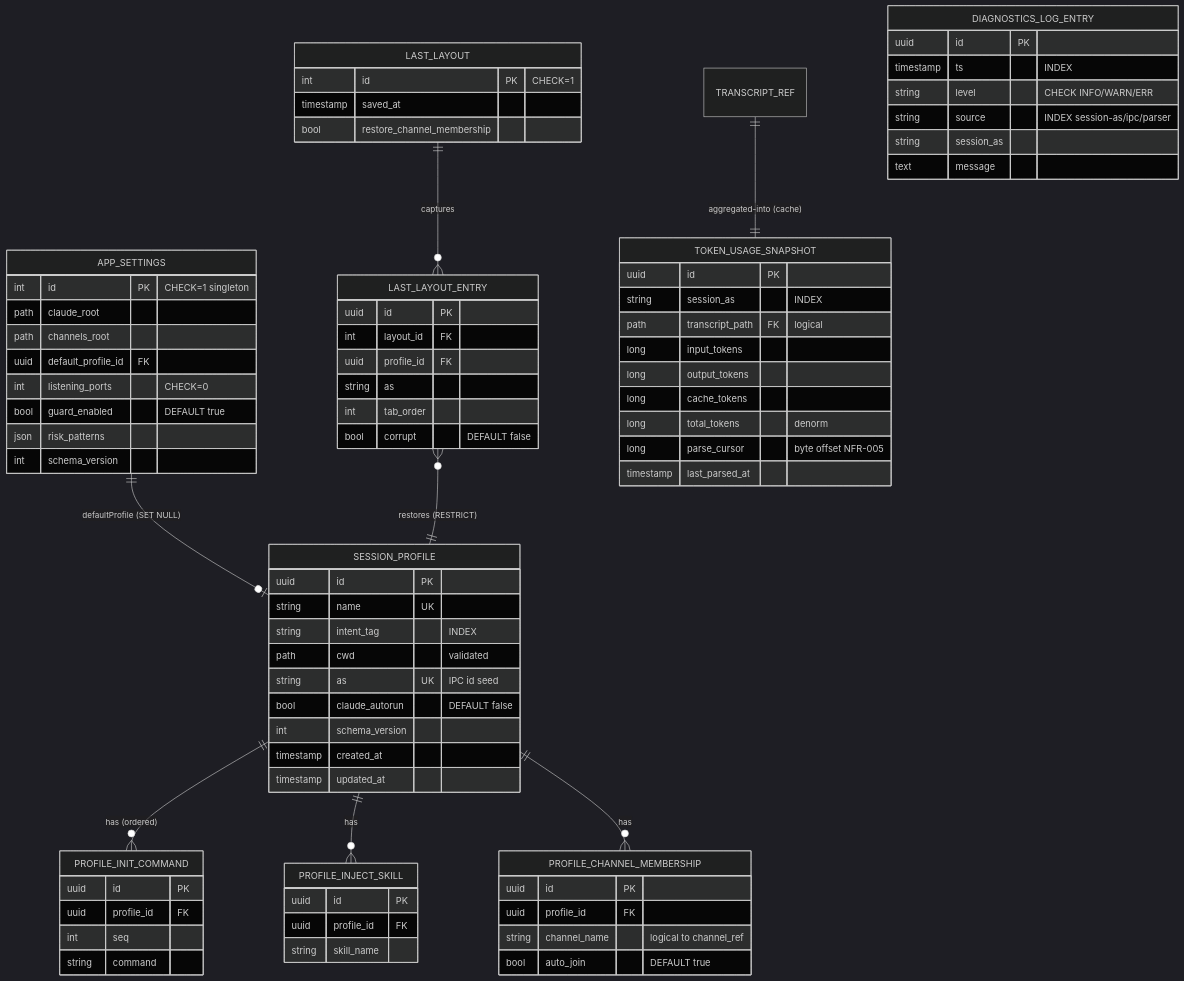
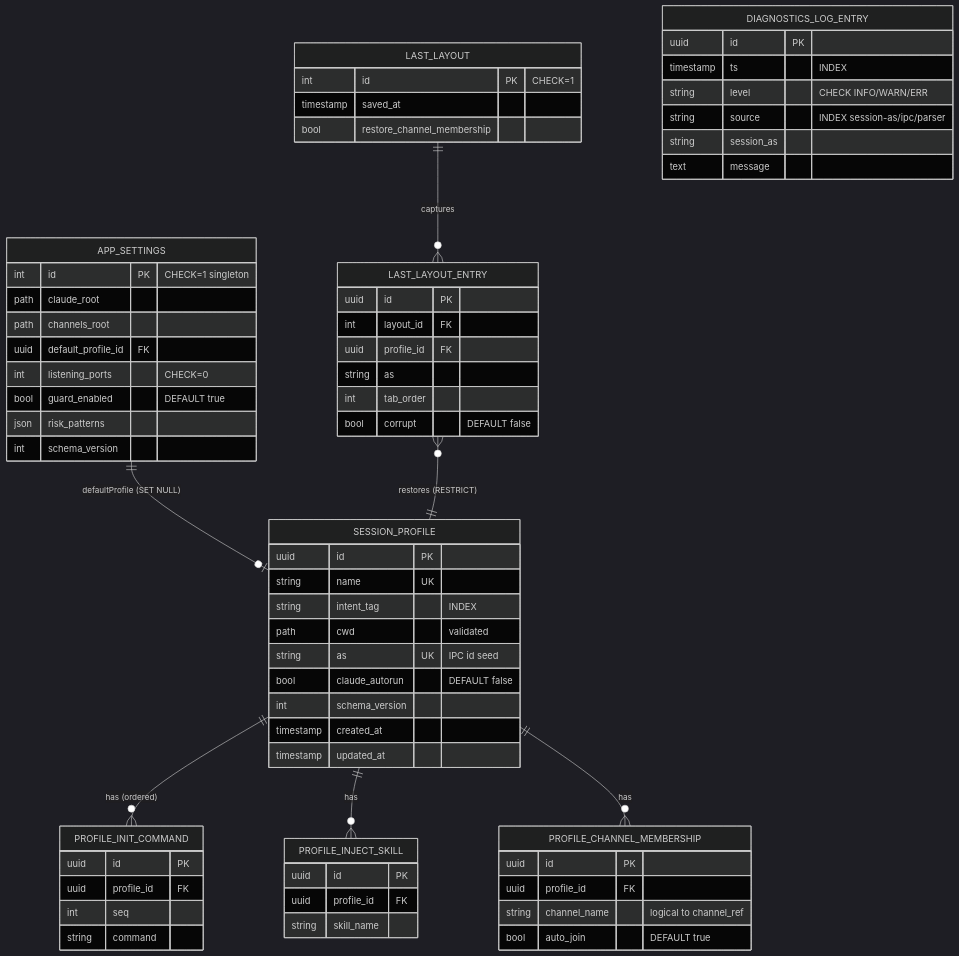
Before and after one commit to MAHT1990/control_tower_win: the first of 3 diagrams in docs/plans/v1.5/09_database.md, drawn with Mermaid (dark theme). The commit also changed other lines of this file and 14 other files, not shown here.

````diff
--- a/docs/plans/v1.5/09_database.md
+++ b/docs/plans/v1.5/09_database.md
@@ -126,81 +119,69 @@
 ```mermaid
 erDiagram
     SESSION_PROFILE ||--o{ PROFILE_INIT_COMMAND : "has (ordered)"
     SESSION_PROFILE ||--o{ PROFILE_INJECT_SKILL : "has"
     SESSION_PROFILE ||--o{ PROFILE_CHANNEL_MEMBERSHIP : "has"
     APP_SETTINGS ||--o| SESSION_PROFILE : "defaultProfile (SET NULL)"
     LAST_LAYOUT ||--o{ LAST_LAYOUT_ENTRY : "captures"
     LAST_LAYOUT_ENTRY }o--|| SESSION_PROFILE : "restores (RESTRICT)"
-    TRANSCRIPT_REF ||--|| TOKEN_USAGE_SNAPSHOT : "aggregated-into (cache)"
 
     SESSION_PROFILE {
         uuid id PK
         string name UK
         string intent_tag "INDEX"
         path cwd "validated"
         string as UK "IPC id seed"
         bool claude_autorun "DEFAULT false"
         int schema_version
         timestamp created_at
         timestamp updated_at
     }
     PROFILE_INIT_COMMAND {
         uuid id PK
         uuid profile_id FK
         int seq
         string command
     }
     PROFILE_INJECT_SKILL {
         uuid id PK
         uuid profile_id FK
         string skill_name
     }
     PROFILE_CHANNEL_MEMBERSHIP {
         uuid id PK
         uuid profile_id FK
         string channel_name "logical to channel_ref"
         bool auto_join "DEFAULT true"
     }
     APP_SETTINGS {
         int id PK "CHECK=1 singleton"
         path claude_root
         path channels_root
         uuid default_profile_id FK
         int listening_ports "CHECK=0"
         bool guard_enabled "DEFAULT true"
         json risk_patterns
         int schema_version
     }
     LAST_LAYOUT {
         int id PK "CHECK=1"
         timestamp saved_at
         bool restore_channel_membership
     }
     LAST_LAYOUT_ENTRY {
         uuid id PK
         int layout_id FK
         uuid profile_id FK
         string as
         int tab_order
         bool corrupt "DEFAULT false"
     }
-    TOKEN_USAGE_SNAPSHOT {
-        uuid id PK
-        string session_as "INDEX"
-        path transcript_path FK "logical"
-        long input_tokens
-        long output_tokens
-        long cache_tokens
-        long total_tokens "denorm"
-        long parse_cursor "byte offset NFR-005"
-        timestamp last_parsed_at
-    }
     DIAGNOSTICS_LOG_ENTRY {
         uuid id PK
         timestamp ts "INDEX"
         string level "CHECK INFO/WARN/ERR"
         string source "INDEX session-as/ipc/parser"
         string session_as
         text message
     }
 ```
````
